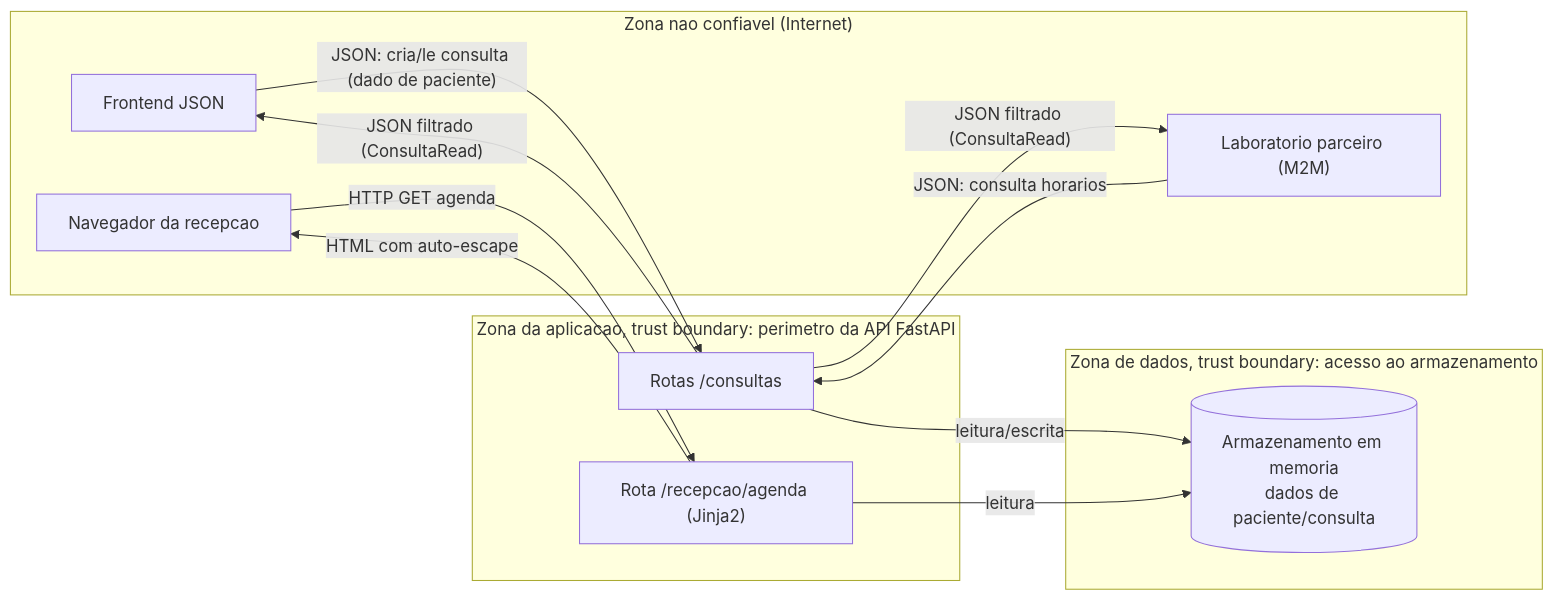
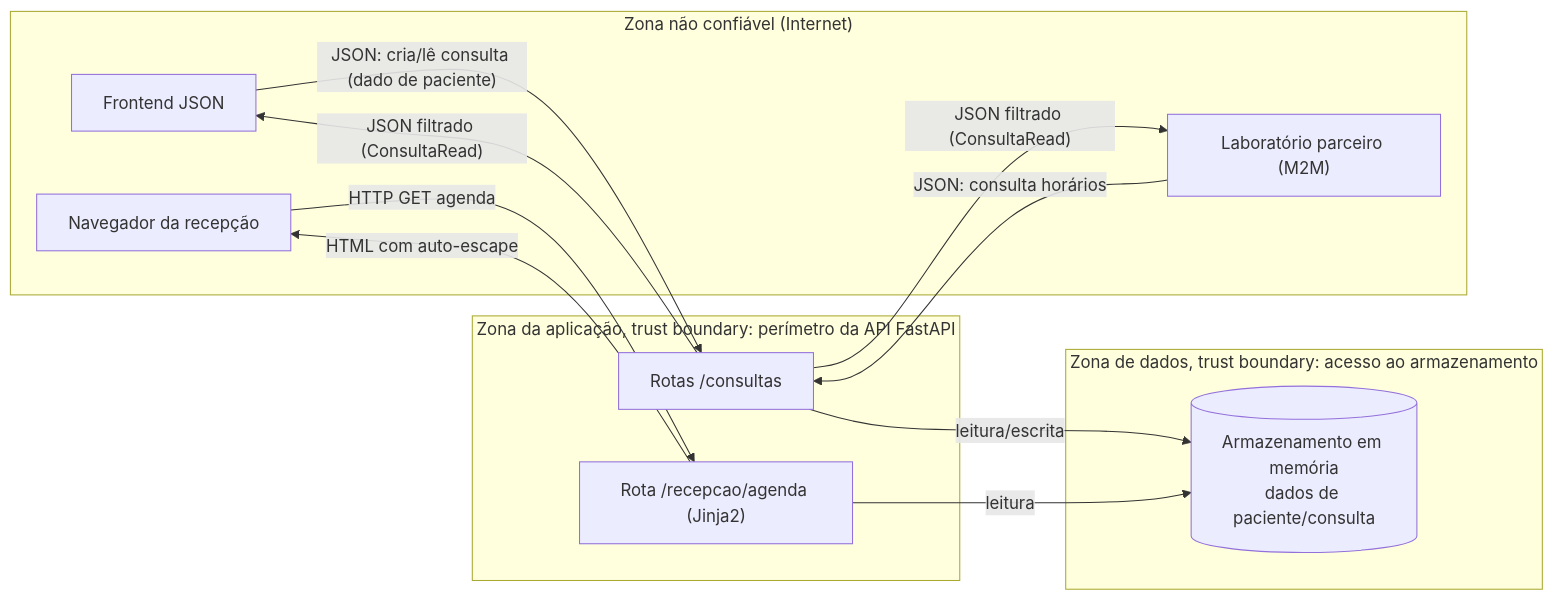
One commit to CaioRibeiroPereira/AT_Desenvolvimento_Seguro_Aplicacoes_Web changed the diagram in docs/03_cia_dfd.md. Above: the diagram before and after it, drawn with Mermaid. The commit also changed other lines of this file and 39 other files, not shown here.

````diff
--- a/docs/03_cia_dfd.md
+++ b/docs/03_cia_dfd.md
@@ -40,26 +40,26 @@
 ```mermaid
 flowchart LR
-    subgraph externo["Zona nao confiavel (Internet)"]
+    subgraph externo["Zona não confiável (Internet)"]
         FE["Frontend JSON"]
-        REC["Navegador da recepcao"]
-        LAB["Laboratorio parceiro (M2M)"]
+        REC["Navegador da recepção"]
+        LAB["Laboratório parceiro (M2M)"]
     end
 
-    subgraph app["Zona da aplicacao, trust boundary: perimetro da API FastAPI"]
+    subgraph app["Zona da aplicação, trust boundary: perímetro da API FastAPI"]
         API["Rotas /consultas"]
         HTML["Rota /recepcao/agenda (Jinja2)"]
     end
 
     subgraph dados["Zona de dados, trust boundary: acesso ao armazenamento"]
-        DB[("Armazenamento em memoria\ndados de paciente/consulta")]
+        DB[("Armazenamento em memória\ndados de paciente/consulta")]
     end
 
-    FE -- "JSON: cria/le consulta (dado de paciente)" --> API
-    LAB -- "JSON: consulta horarios" --> API
+    FE -- "JSON: cria/lê consulta (dado de paciente)" --> API
+    LAB -- "JSON: consulta horários" --> API
     REC -- "HTTP GET agenda" --> HTML
     API -- "leitura/escrita" --> DB
     HTML -- "leitura" --> DB
     API -- "JSON filtrado (ConsultaRead)" --> FE
     API -- "JSON filtrado (ConsultaRead)" --> LAB
     HTML -- "HTML com auto-escape" --> REC
 ```
````
